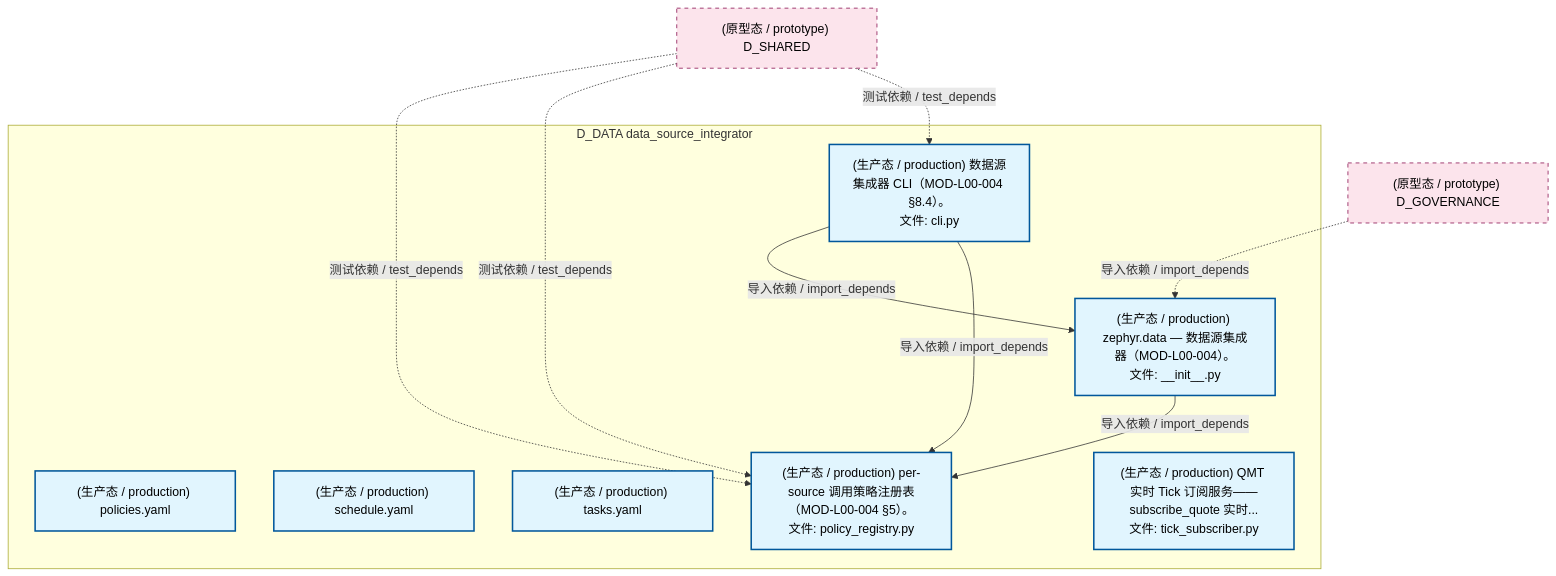
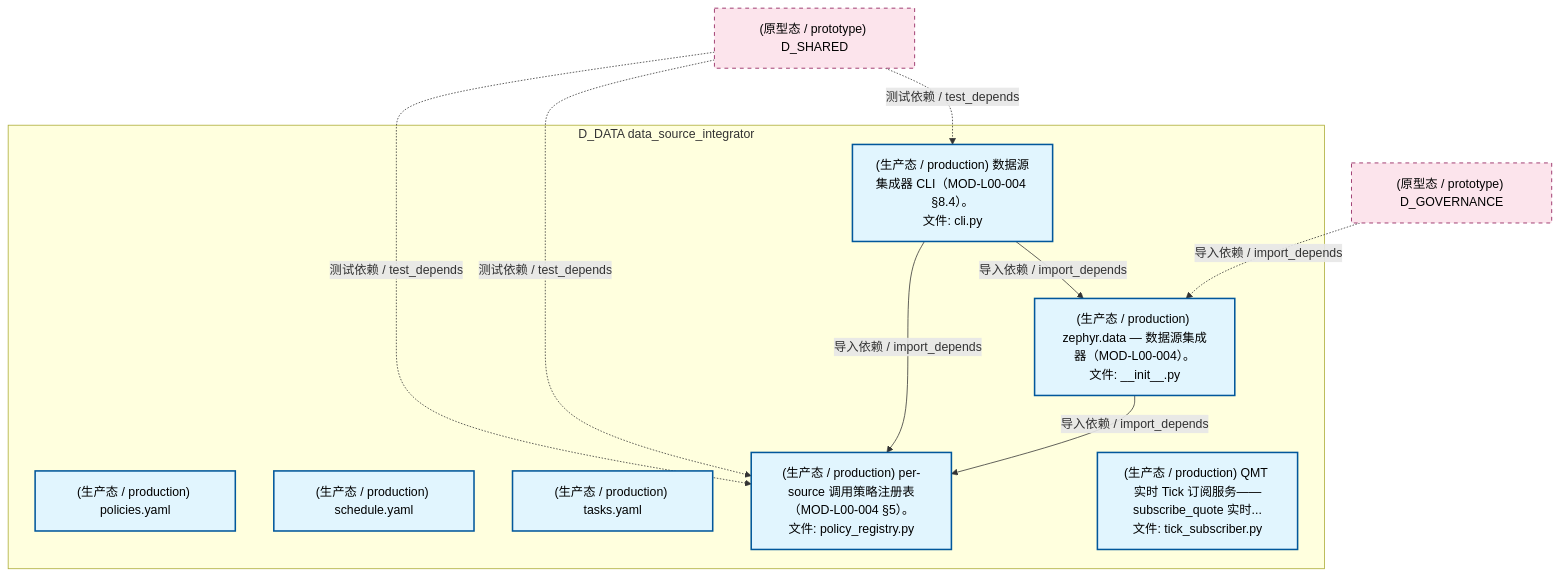
One commit to xuanFelixVan/ZephyrAlpha changed the third of 5 diagrams in docs/02_enterprise_architecture/02_domain_architecture_docs/61_d_data.md. Above: the diagram before and after it, drawn with Mermaid. The commit also changed other lines of this file and 123 other files, not shown here.

````diff
--- a/docs/02_enterprise_architecture/02_domain_architecture_docs/61_d_data.md
+++ b/docs/02_enterprise_architecture/02_domain_architecture_docs/61_d_data.md
@@ -333,27 +333,27 @@
 ```mermaid
 graph TD
     subgraph D_DATA["D_DATA data_source_integrator"]
         src_zephyr_data_init_py["(生产态 / production) zephyr.data — 数据源集成器（MOD-L00-004）。<br/>文件: __init__.py"]
         src_zephyr_data_cli_py["(生产态 / production) 数据源集成器 CLI（MOD-L00-004 §8.4）。<br/>文件: cli.py"]
         src_zephyr_data_config_policies_yaml["(生产态 / production) policies.yaml"]
         src_zephyr_data_config_schedule_yaml["(生产态 / production) schedule.yaml"]
         src_zephyr_data_config_tasks_yaml["(生产态 / production) tasks.yaml"]
         src_zephyr_data_policy_registry_py["(生产态 / production) per-source 调用策略注册表（MOD-L00-004 §5）。<br/>文件: policy_registry.py"]
         src_zephyr_data_tick_subscriber_py["(生产态 / production) QMT 实时 Tick 订阅服务——subscribe_quote 实时...<br/>文件: tick_subscriber.py"]
     end
+    src_zephyr_data_cli_py -->|导入依赖 / import_depends| src_zephyr_data_init_py
     src_zephyr_data_cli_py -->|导入依赖 / import_depends| src_zephyr_data_policy_registry_py
-    src_zephyr_data_cli_py -->|导入依赖 / import_depends| src_zephyr_data_init_py
     src_zephyr_data_init_py -->|导入依赖 / import_depends| src_zephyr_data_policy_registry_py
+    D_SHARED["(原型态 / prototype) D_SHARED"]
+    D_SHARED -.->|测试依赖 / test_depends| src_zephyr_data_cli_py
     D_GOVERNANCE["(原型态 / prototype) D_GOVERNANCE"]
     D_GOVERNANCE -.->|导入依赖 / import_depends| src_zephyr_data_init_py
-    D_SHARED["(原型态 / prototype) D_SHARED"]
-    D_SHARED -.->|测试依赖 / test_depends| src_zephyr_data_cli_py
     D_SHARED -.->|测试依赖 / test_depends| src_zephyr_data_policy_registry_py
     D_SHARED -.->|测试依赖 / test_depends| src_zephyr_data_policy_registry_py
     classDef production fill:#e1f5fe,stroke:#01579b,stroke-width:2px,color:#000
     classDef design fill:#fff3e0,stroke:#e65100,stroke-width:2px,color:#000,stroke-dasharray: 5 5
     classDef external_prod fill:#e8f5e9,stroke:#1b5e20,stroke-width:1px,color:#000
     classDef external_design fill:#fce4ec,stroke:#880e4f,stroke-width:1px,color:#000,stroke-dasharray: 5 5
     class src_zephyr_data_init_py,src_zephyr_data_cli_py,src_zephyr_data_config_policies_yaml,src_zephyr_data_config_schedule_yaml,src_zephyr_data_config_tasks_yaml,src_zephyr_data_policy_registry_py,src_zephyr_data_tick_subscriber_py production
-    class D_GOVERNANCE,D_SHARED external_design
+    class D_SHARED,D_GOVERNANCE external_design
 ```
````
